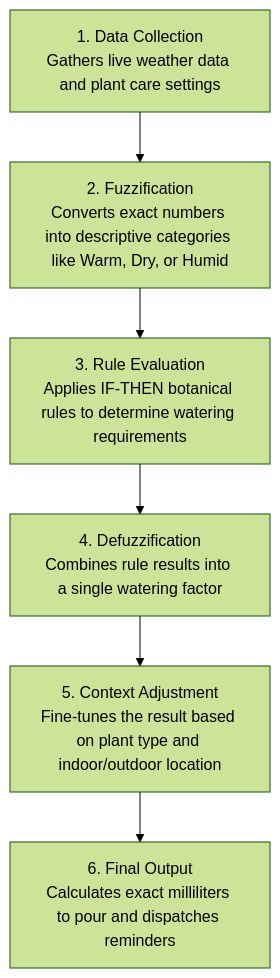
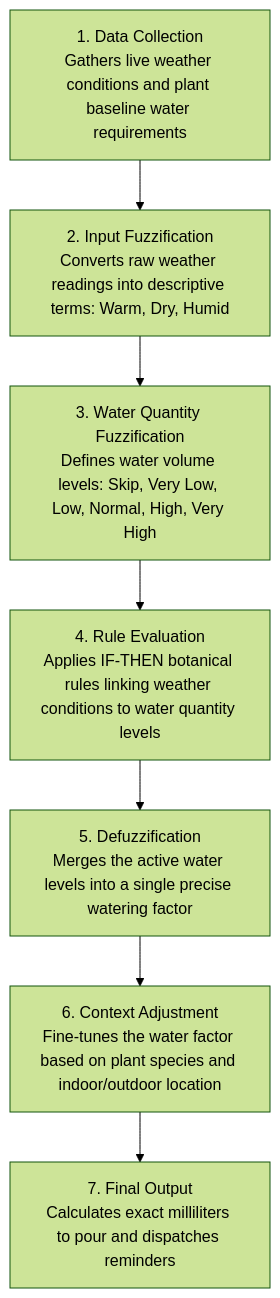
The diagram in FUZZY_ARCHITECTURE_FLOW.md (MDS53/Hydrate-Your-Plant-using-Fuzzy-Logics), drawn with Mermaid (forest theme) before and after one commit. The commit also changed other lines of this file and 2 other files, not shown here.

Commit message:
docs: include water quantity fuzzification step in minimal flowchart

````diff
--- a/FUZZY_ARCHITECTURE_FLOW.md
+++ b/FUZZY_ARCHITECTURE_FLOW.md
@@ -7,8 +7,9 @@
 ```mermaid
 flowchart TD
-    A["1. Data Collection<br/>Gathers live weather data and plant care settings"] --> B["2. Fuzzification<br/>Converts exact numbers into descriptive categories like Warm, Dry, or Humid"]
-    B --> C["3. Rule Evaluation<br/>Applies IF-THEN botanical rules to determine watering requirements"]
-    C --> D["4. Defuzzification<br/>Combines rule results into a single watering factor"]
-    D --> E["5. Context Adjustment<br/>Fine-tunes the result based on plant type and indoor/outdoor location"]
-    E --> F["6. Final Output<br/>Calculates exact milliliters to pour and dispatches reminders"]
+    A["1. Data Collection<br/>Gathers live weather conditions and plant baseline water requirements"] --> B["2. Input Fuzzification<br/>Converts raw weather readings into descriptive terms: Warm, Dry, Humid"]
+    B --> C["3. Water Quantity Fuzzification<br/>Defines water volume levels: Skip, Very Low, Low, Normal, High, Very High"]
+    C --> D["4. Rule Evaluation<br/>Applies IF-THEN botanical rules linking weather conditions to water quantity levels"]
+    D --> E["5. Defuzzification<br/>Merges the active water levels into a single precise watering factor"]
+    E --> F["6. Context Adjustment<br/>Fine-tunes the water factor based on plant species and indoor/outdoor location"]
+    F --> G["7. Final Output<br/>Calculates exact milliliters to pour and dispatches reminders"]
 ```
````
